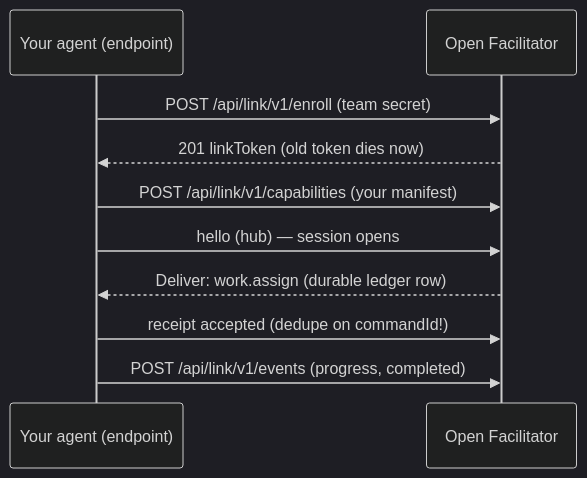
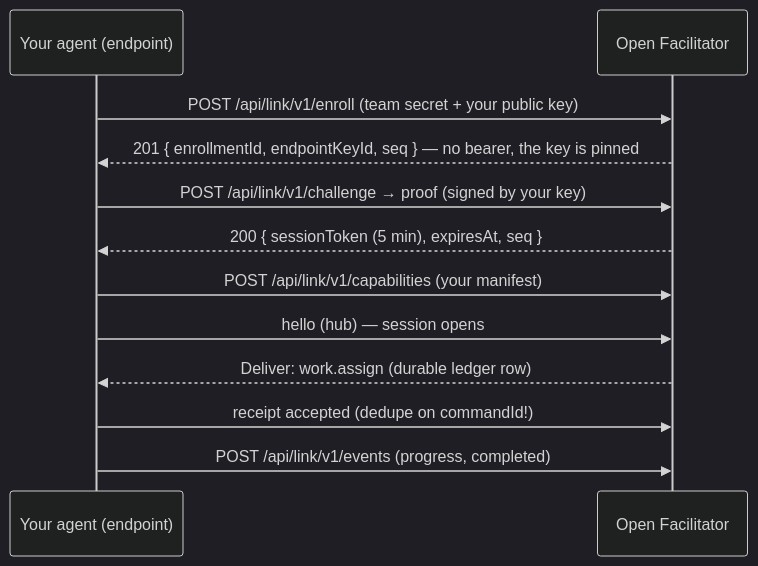
Before and after one commit to denisekart/open-facilitator: the diagram in site/src/guides/agent.md, drawn with Mermaid (dark theme). The commit also changed other lines of this file and 202 other files, not shown here.

````diff
--- a/site/src/guides/agent.md
+++ b/site/src/guides/agent.md
@@ -65,12 +67,14 @@
 ```mermaid
 sequenceDiagram
   participant A as Your agent (endpoint)
   participant F as Open Facilitator
-  A->>F: POST /api/link/v1/enroll (team secret)
-  F-->>A: 201 linkToken (old token dies now)
+  A->>F: POST /api/link/v1/enroll (team secret + your public key)
+  F-->>A: 201 { enrollmentId, endpointKeyId, seq } — no bearer, the key is pinned
+  A->>F: POST /api/link/v1/challenge → proof (signed by your key)
+  F-->>A: 200 { sessionToken (5 min), expiresAt, seq }
   A->>F: POST /api/link/v1/capabilities (your manifest)
   A->>F: hello (hub) — session opens
   F-->>A: Deliver: work.assign (durable ledger row)
   A->>F: receipt accepted (dedupe on commandId!)
   A->>F: POST /api/link/v1/events (progress, completed)
 ```
````
